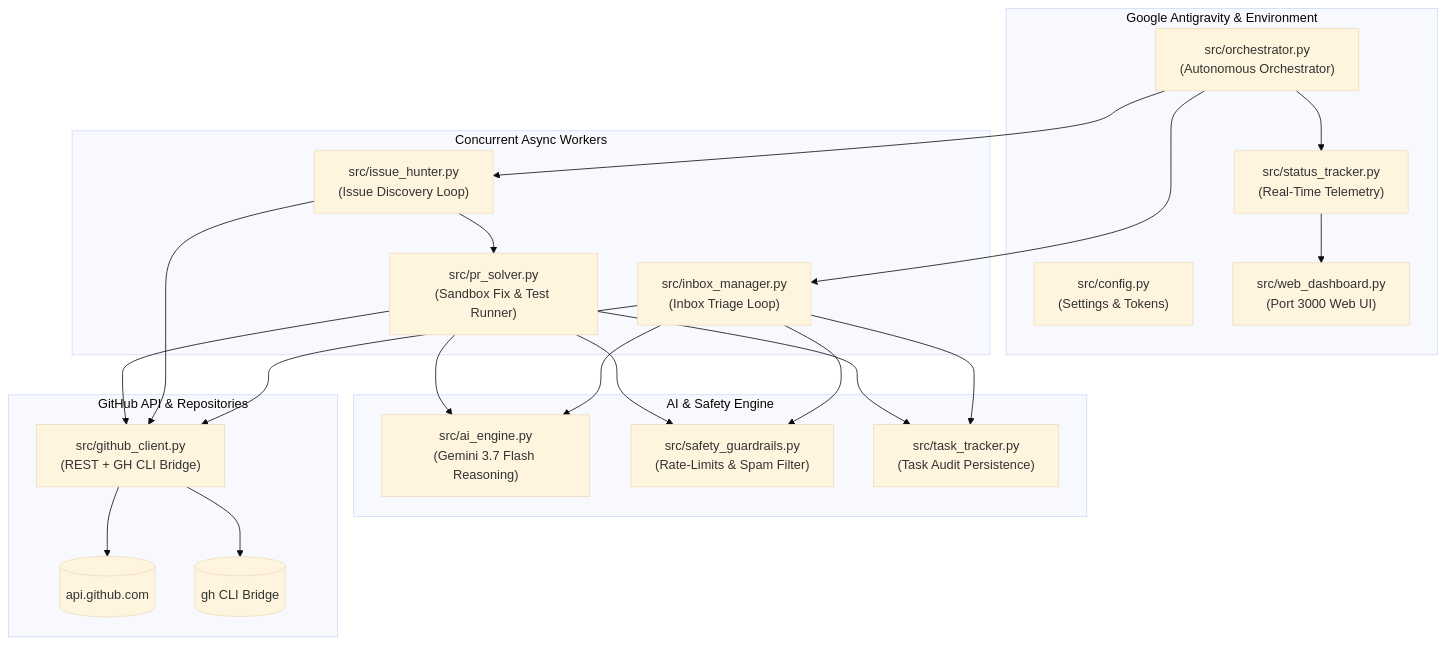
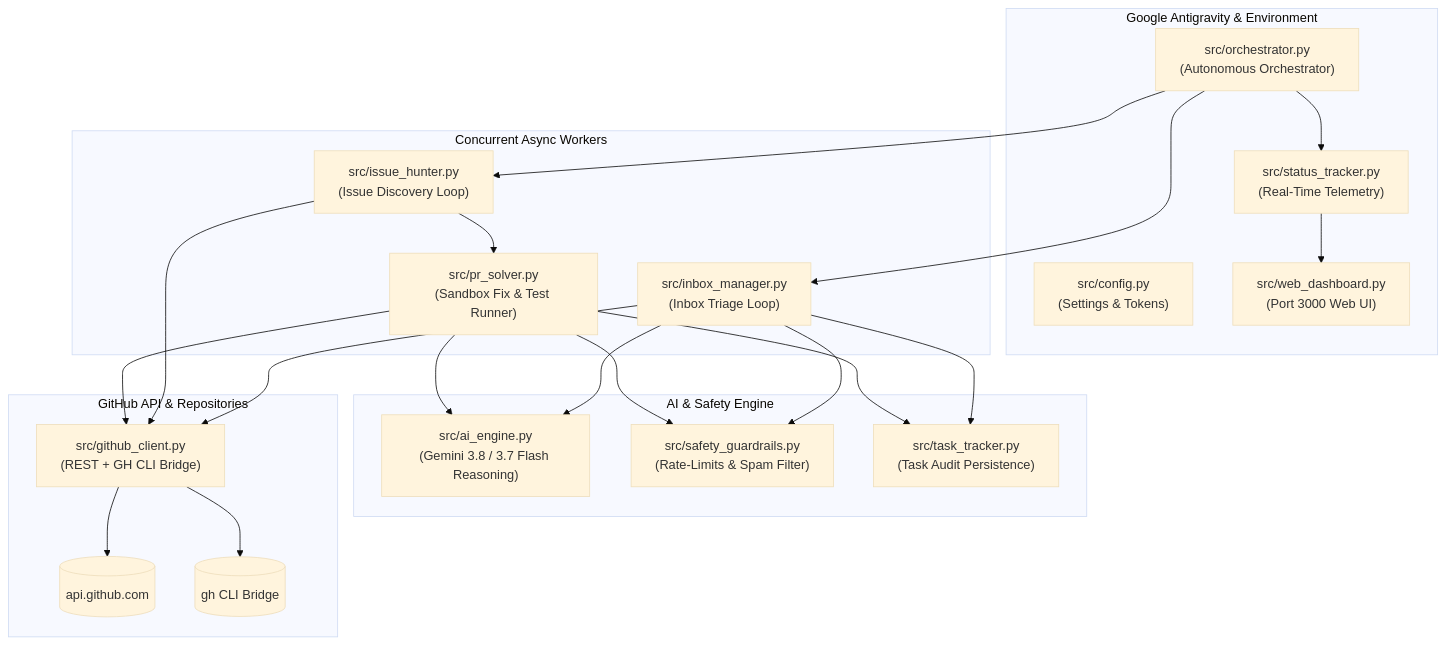
Before and after one commit to satiricalguru/Github-Autonomous-Agent: the diagram in README.md, drawn with Mermaid (base theme). The commit also changed other lines of this file, not shown here.

Commit message:
docs: align README with full CLI capabilities, active Gemini 3.8/3.7 models, and 6-suite test matrix

````diff
--- a/README.md
+++ b/README.md
@@ -180,44 +186,44 @@
 ```mermaid
 flowchart TD
     subgraph Antigravity["Google Antigravity & Environment"]
         AgentCore["src/orchestrator.py\n(Autonomous Orchestrator)"]
         Config["src/config.py\n(Settings & Tokens)"]
         Telemetry["src/status_tracker.py\n(Real-Time Telemetry)"]
         WebUI["src/web_dashboard.py\n(Port 3000 Web UI)"]
     end
 
     subgraph Workers["Concurrent Async Workers"]
         Inbox["src/inbox_manager.py\n(Inbox Triage Loop)"]
         Hunter["src/issue_hunter.py\n(Issue Discovery Loop)"]
         Solver["src/pr_solver.py\n(Sandbox Fix & Test Runner)"]
     end
 
     subgraph Intelligence["AI & Safety Engine"]
-        AI["src/ai_engine.py\n(Gemini 3.7 Flash Reasoning)"]
+        AI["src/ai_engine.py\n(Gemini 3.8 / 3.7 Flash Reasoning)"]
         Safety["src/safety_guardrails.py\n(Rate-Limits & Spam Filter)"]
         TaskStore["src/task_tracker.py\n(Task Audit Persistence)"]
     end
 
     subgraph GitHub["GitHub API & Repositories"]
         GHClient["src/github_client.py\n(REST + GH CLI Bridge)"]
         API[("api.github.com")]
         CLI[("gh CLI Bridge")]
     end
 
     AgentCore --> Inbox
     AgentCore --> Hunter
     Hunter --> Solver
     Inbox --> AI
     Solver --> AI
     Inbox --> Safety
     Solver --> Safety
     Inbox --> GHClient
     Hunter --> GHClient
     Solver --> GHClient
     GHClient --> API
     GHClient --> CLI
     AgentCore --> Telemetry
     Telemetry --> WebUI
     Inbox --> TaskStore
     Solver --> TaskStore
 ```
````
